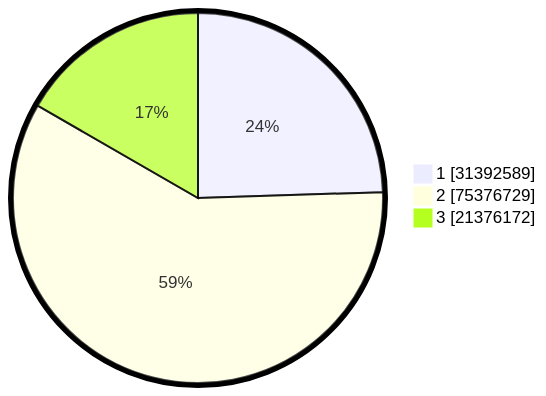
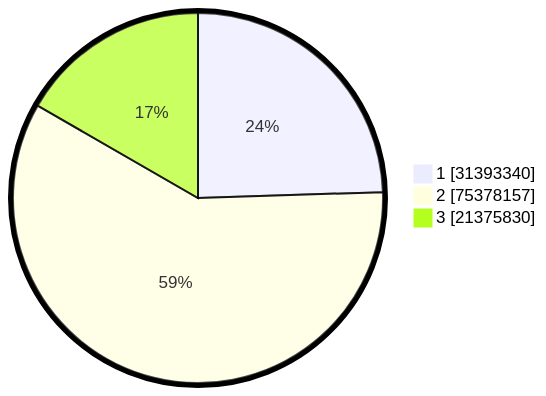
One commit to gigit-pemilu/pemilu-2024 changed the second of 2 diagrams in pilpres/hitung-suara/README.md. Above: the diagram before and after it, drawn with Mermaid. The commit also changed other lines of this file and 8 other files, not shown here.

````diff
--- a/pilpres/hitung-suara/README.md
+++ b/pilpres/hitung-suara/README.md
@@ -93,7 +93,7 @@
 ```mermaid
 %%{init: {"pie": {"textPosition": 0.5}, "themeVariables": {"pieOuterStrokeWidth": "5px"}} }%%
 pie showData
-    "1" : 31392589
-    "2" : 75376729
-    "3" : 21376172
+    "1" : 31393340
+    "2" : 75378157
+    "3" : 21375830
 ```
````
